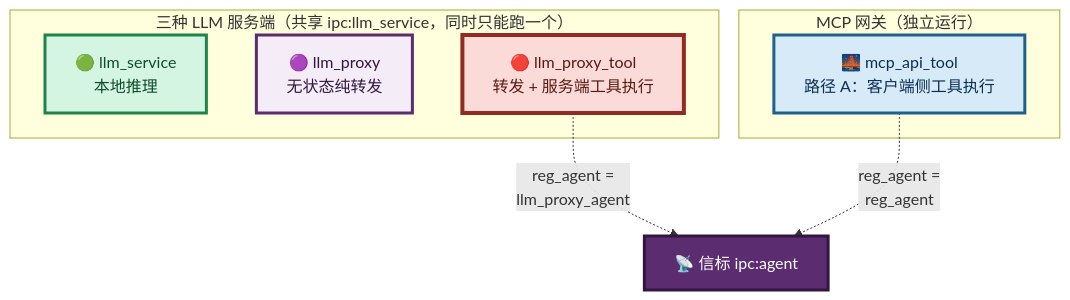
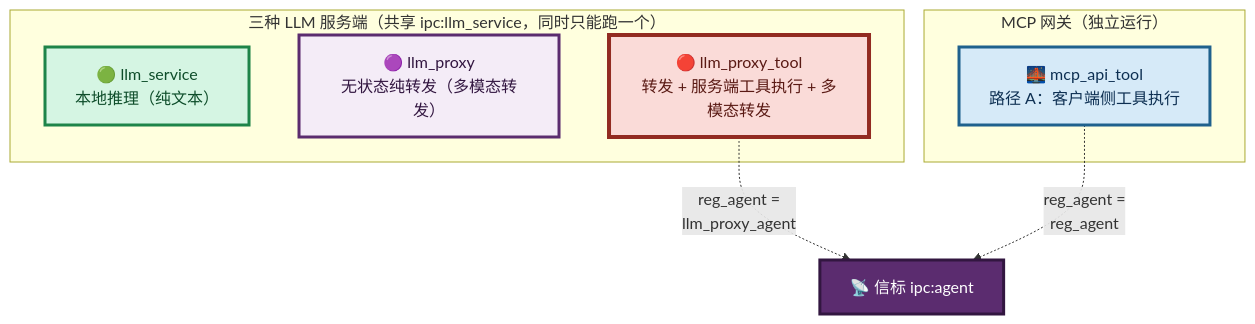
The third of 6 diagrams in src/LingoFuse_LLM_Proxy_Tool_CLI_Guide.md (PassByYou888/LingoFuse-pasAgent-v3), drawn with Mermaid before and after one commit. The commit also changed other lines of this file, not shown here.

````diff
--- a/src/LingoFuse_LLM_Proxy_Tool_CLI_Guide.md
+++ b/src/LingoFuse_LLM_Proxy_Tool_CLI_Guide.md
@@ -87,21 +88,21 @@
 ```mermaid
 flowchart TB
     subgraph Siblings["三种 LLM 服务端（共享 ipc:llm_service，同时只能跑一个）"]
-        S1["🟢 llm_service<br/>本地推理"]
-        S2["🟣 llm_proxy<br/>无状态纯转发"]
-        S3["🔴 llm_proxy_tool<br/>转发 + 服务端工具执行"]
+        S1["🟢 llm_service<br/>本地推理（纯文本）"]
+        S2["🟣 llm_proxy<br/>无状态纯转发（多模态转发）"]
+        S3["🔴 llm_proxy_tool<br/>转发 + 服务端工具执行 + 多模态转发"]
     end
 
     subgraph Gateway["MCP 网关（独立运行）"]
         M1["🌉 mcp_api_tool<br/>路径 A：客户端侧工具执行"]
     end
 
     S3 -.->|"reg_agent =<br/>llm_proxy_agent"| Beacon["📡 信标 ipc:agent"]
     M1 -.->|"reg_agent =<br/>reg_agent"| Beacon
 
     style S1 fill:#D5F5E3,stroke:#1E8449,stroke-width:3px,color:#0E4D2A
     style S2 fill:#F4ECF7,stroke:#5B2C6F,stroke-width:3px,color:#321640
     style S3 fill:#FADBD8,stroke:#922B21,stroke-width:4px,color:#5A1A14
     style M1 fill:#D6EAF8,stroke:#1F618D,stroke-width:3px,color:#0D2F52
     style Beacon fill:#5B2C6F,stroke:#321640,stroke-width:3px,color:#FFFFFF
 ```
````
